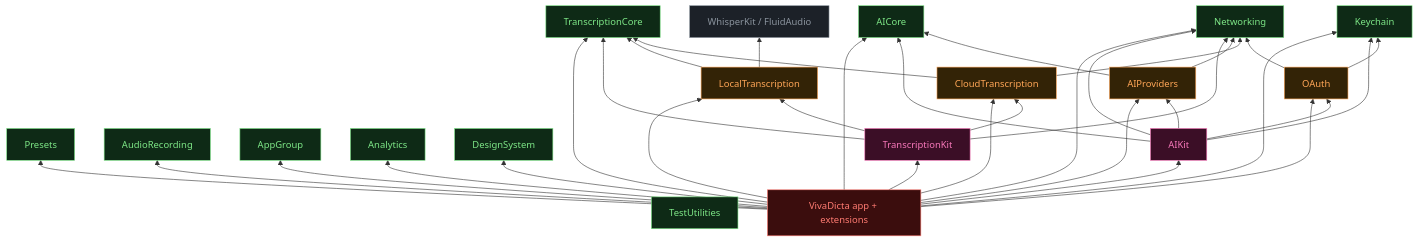
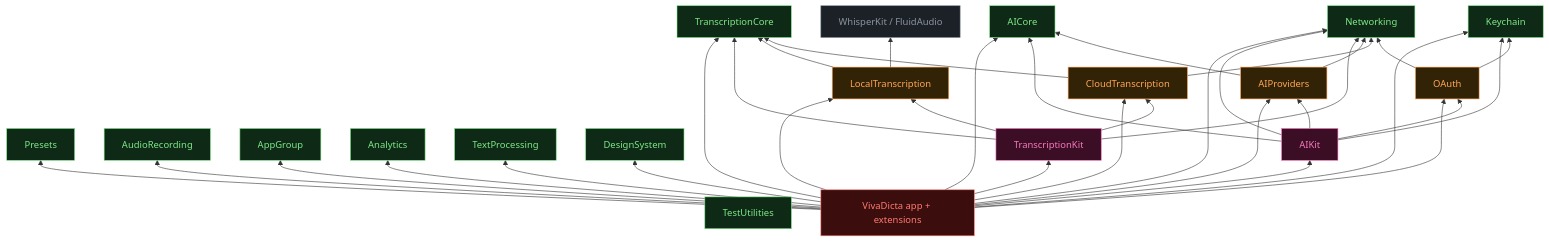
Before and after one commit to n0an/VivaDicta: the second of 4 diagrams in documentation/Module-Architecture.md, drawn with Mermaid. The commit also changed other lines of this file and 1 other file, not shown here.

Commit message:
Docs: add TextProcessing module to the architecture diagrams + catalogue
TextProcessing joins the Core layer (pure, no module deps) with a
VivaDicta -> TextProcessing edge in both dependency graphs, plus the
catalogue, layered view, layer table, and Modules/ tree.

````diff
--- a/documentation/Module-Architecture.md
+++ b/documentation/Module-Architecture.md
@@ -58,74 +59,76 @@
 ```mermaid
 graph BT
   classDef core fill:#0e2a16,stroke:#7ee787,color:#7ee787
   classDef adapter fill:#332306,stroke:#ffa657,color:#ffa657
   classDef orchestrator fill:#3b0e26,stroke:#f778ba,color:#f778ba
   classDef app fill:#3b0d0d,stroke:#ff7b72,color:#ff7b72
   classDef external fill:#1c2128,stroke:#8b949e,color:#8b949e
 
   %% Core
   Networking[Networking]:::core
   Keychain[Keychain]:::core
   Presets[Presets]:::core
   TranscriptionCore[TranscriptionCore]:::core
   AICore[AICore]:::core
   AudioRecording[AudioRecording]:::core
   AppGroup[AppGroup]:::core
   Analytics[Analytics]:::core
+  TextProcessing[TextProcessing]:::core
   DesignSystem[DesignSystem]:::core
   TestUtilities[TestUtilities]:::core
 
   %% Adapters
   OAuth[OAuth]:::adapter
   CloudTranscription[CloudTranscription]:::adapter
   LocalTranscription[LocalTranscription]:::adapter
   AIProviders[AIProviders]:::adapter
 
   %% Orchestrators
   TranscriptionKit[TranscriptionKit]:::orchestrator
   AIKit[AIKit]:::orchestrator
 
   %% App
   VivaDicta[VivaDicta app + extensions]:::app
 
   %% External
   WhisperKit[WhisperKit / FluidAudio]:::external
 
   %% Adapter -> Core
   OAuth --> Keychain
   OAuth --> Networking
   CloudTranscription --> TranscriptionCore
   CloudTranscription --> Networking
   LocalTranscription --> TranscriptionCore
   LocalTranscription --> WhisperKit
   AIProviders --> AICore
   AIProviders --> Networking
 
   %% Orchestrator -> Adapter + Core
   TranscriptionKit --> TranscriptionCore
   TranscriptionKit --> CloudTranscription
   TranscriptionKit --> LocalTranscription
   TranscriptionKit --> Networking
   AIKit --> AICore
   AIKit --> AIProviders
   AIKit --> Keychain
   AIKit --> OAuth
   AIKit --> Networking
 
   %% App -> everything it composes
   VivaDicta --> TranscriptionKit
   VivaDicta --> AIKit
   VivaDicta --> CloudTranscription
   VivaDicta --> LocalTranscription
   VivaDicta --> OAuth
   VivaDicta --> AIProviders
   VivaDicta --> TranscriptionCore
   VivaDicta --> AICore
   VivaDicta --> Keychain
   VivaDicta --> Networking
   VivaDicta --> Presets
   VivaDicta --> AudioRecording
   VivaDicta --> AppGroup
   VivaDicta --> Analytics
+  VivaDicta --> TextProcessing
   VivaDicta --> DesignSystem
 ```
````
